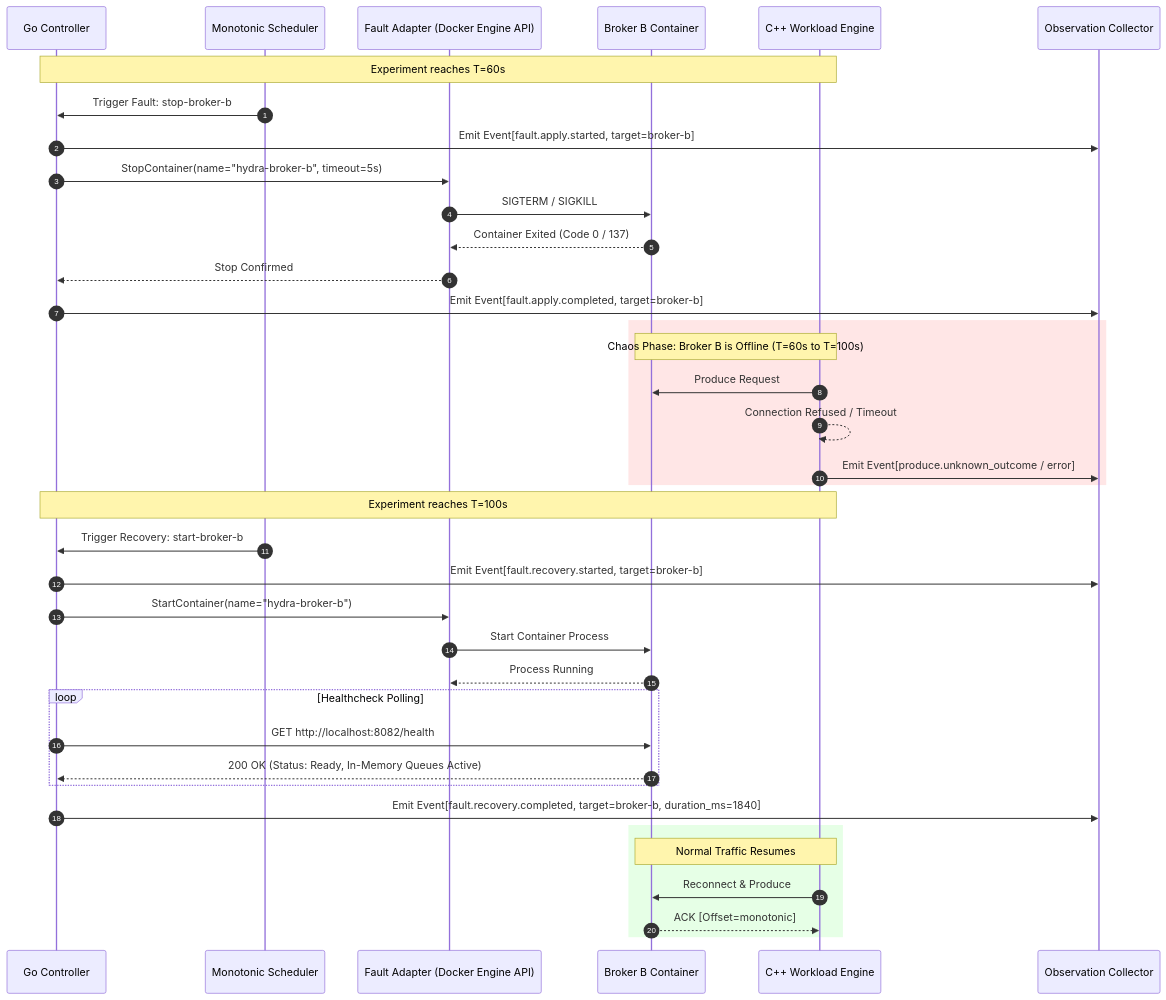
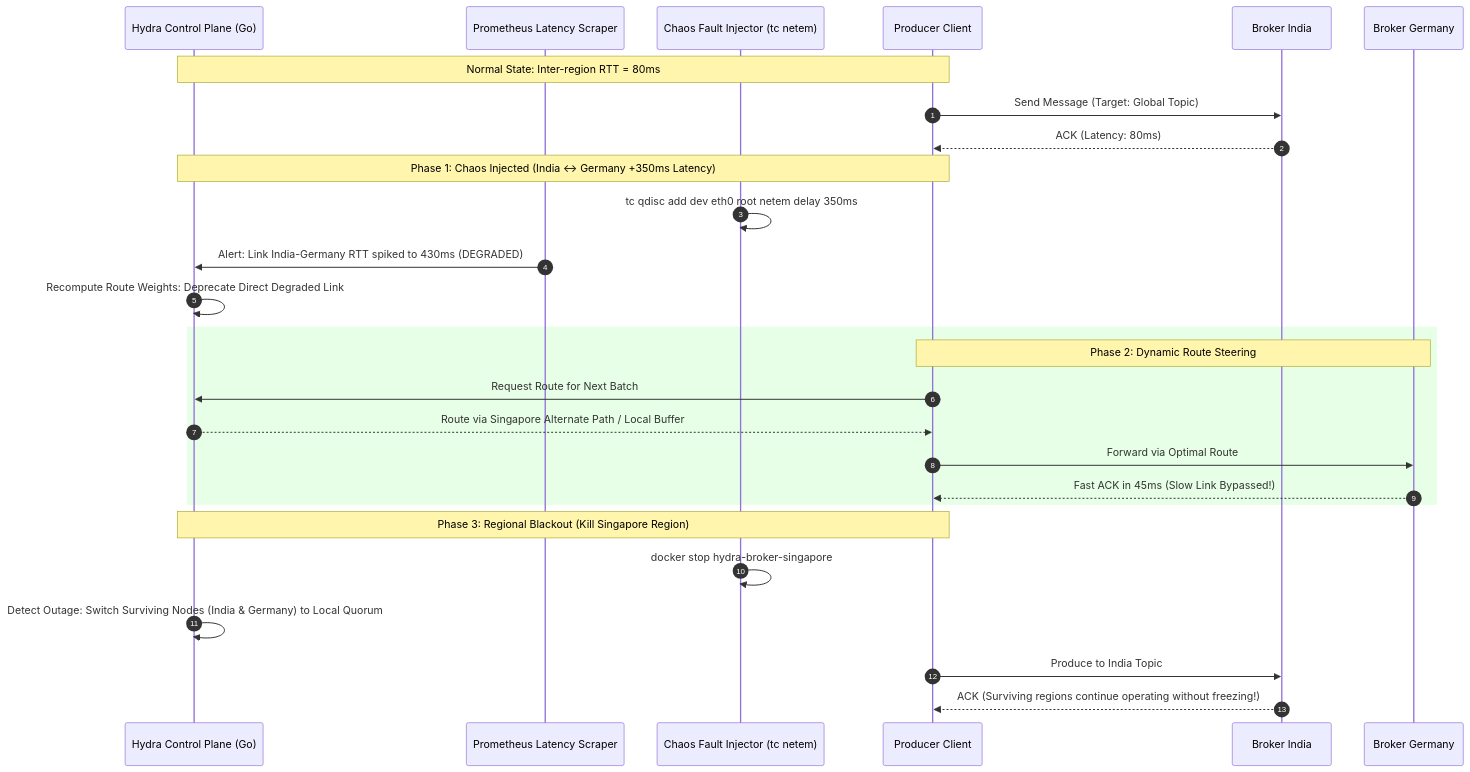
The sixth of 8 diagrams in docs/system-diagrams.md (ansh0014/Hydra-Stream), drawn with Mermaid before and after one commit. The commit also changed other lines of this file and 12 other files, not shown here.

Commit message:
docs: align documentation with multi-region geo-resilience and Hydra Control Plane architecture

````diff
--- a/docs/system-diagrams.md
+++ b/docs/system-diagrams.md
@@ -337,46 +216,33 @@
 ```mermaid
 sequenceDiagram
     autonumber
-    participant C as Go Controller
-    participant S as Monotonic Scheduler
-    participant F as Fault Adapter (Docker Engine API)
-    participant B as Broker B Container
-    participant W as C++ Workload Engine
-    participant O as Observation Collector
+    participant C as Hydra Control Plane (Go)
+    participant P as Prometheus Latency Scraper
+    participant F as Chaos Fault Injector (tc netem)
+    participant W as Producer Client
+    participant IN as Broker India
+    participant DE as Broker Germany
 
-    Note over C,W: Experiment reaches T=60s
-    S->>C: Trigger Fault: stop-broker-b
-    C->>O: Emit Event[fault.apply.started, target=broker-b]
-    C->>F: StopContainer(name="hydra-broker-b", timeout=5s)
-    F->>B: SIGTERM / SIGKILL
-    B-->>F: Container Exited (Code 0 / 137)
-    F-->>C: Stop Confirmed
-    C->>O: Emit Event[fault.apply.completed, target=broker-b]
+    Note over C,W: Normal State: Inter-region RTT = 80ms
+    W->>IN: Send Message (Target: Global Topic)
+    IN-->>W: ACK (Latency: 80ms)
 
-    rect rgb(255, 230, 230)
-        Note over W,B: Chaos Phase: Broker B is Offline (T=60s to T=100s)
-        W->>B: Produce Request
-        W-->>W: Connection Refused / Timeout
-        W->>O: Emit Event[produce.unknown_outcome / error]
+    Note over C,W: Phase 1: Chaos Injected (India <-> Germany +350ms Latency)
+    F->>F: tc qdisc add dev eth0 root netem delay 350ms
+    P->>C: Alert: Link India-Germany RTT spiked to 430ms (DEGRADED)
+    C->>C: Recompute Route Weights: Deprecate Direct Degraded Link
+
+    rect rgb(230, 255, 230)
+        Note over W,DE: Phase 2: Dynamic Route Steering
+        W->>C: Request Route for Next Batch
+        C-->>W: Route via Singapore Alternate Path / Local Buffer
+        W->>DE: Forward via Optimal Route
+        DE-->>W: Fast ACK in 45ms (Slow Link Bypassed!)
     end
 
-    Note over C,W: Experiment reaches T=100s
-    S->>C: Trigger Recovery: start-broker-b
-    C->>O: Emit Event[fault.recovery.started, target=broker-b]
-    C->>F: StartContainer(name="hydra-broker-b")
-    F->>B: Start Container Process
-    B-->>F: Process Running
-    
-    loop Healthcheck Polling
-        C->>B: GET http://localhost:8082/health
-        B-->>C: 200 OK (Status: Ready, In-Memory Queues Active)
-    end
-    
-    C->>O: Emit Event[fault.recovery.completed, target=broker-b, duration_ms=1840]
-    
-    rect rgb(230, 255, 230)
-        Note over W,B: Normal Traffic Resumes
-        W->>B: Reconnect & Produce
-        B-->>W: ACK [Offset=monotonic]
-    end
+    Note over C,W: Phase 3: Regional Blackout (Kill Singapore Region)
+    F->>F: docker stop hydra-broker-singapore
+    C->>C: Detect Outage: Switch Surviving Nodes (India & Germany) to Local Quorum
+    W->>IN: Produce to India Topic
+    IN-->>W: ACK (Surviving regions continue operating without freezing!)
 ```
````
